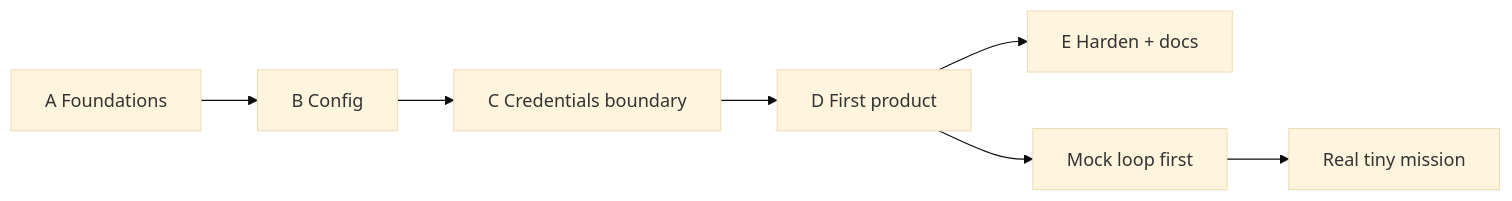
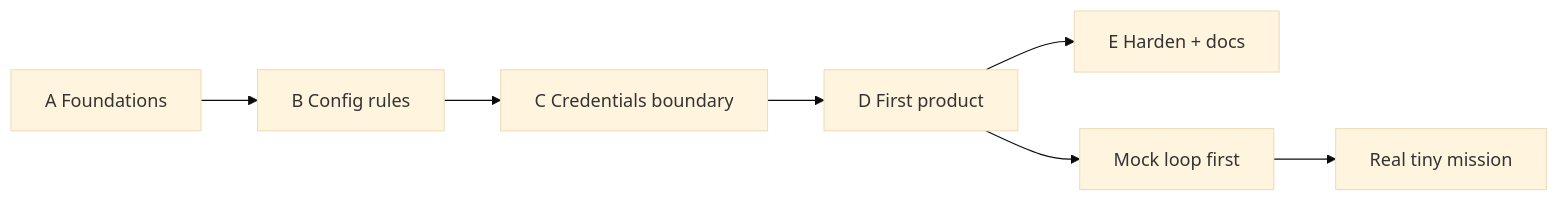
Before and after one commit to southu/vygo: the sixth of 6 diagrams in apps/web/public/content/vibe-coding/ratchet-guide/diagrams.md, drawn with Mermaid (base theme). The commit also changed other lines of this file and 42 other files, not shown here.

````diff
--- a/apps/web/public/content/vibe-coding/ratchet-guide/diagrams.md
+++ b/apps/web/public/content/vibe-coding/ratchet-guide/diagrams.md
@@ -132,9 +132,9 @@
 ```mermaid
 flowchart LR
-  A[A Foundations] --> B[B Config]
+  A[A Foundations] --> B[B Config rules]
   B --> C[C Credentials boundary]
   C --> D[D First product]
   D --> E[E Harden + docs]
   D --> M[Mock loop first]
   M --> Real[Real tiny mission]
 ```
````
